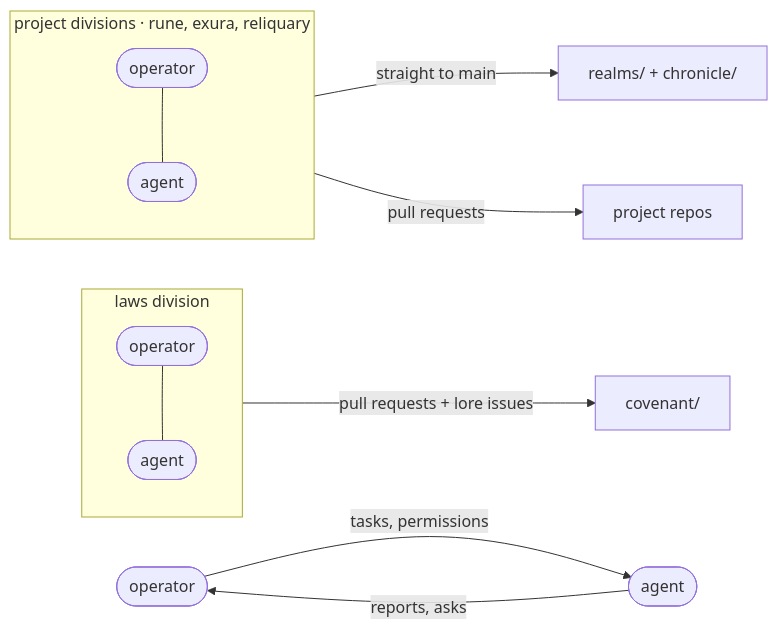
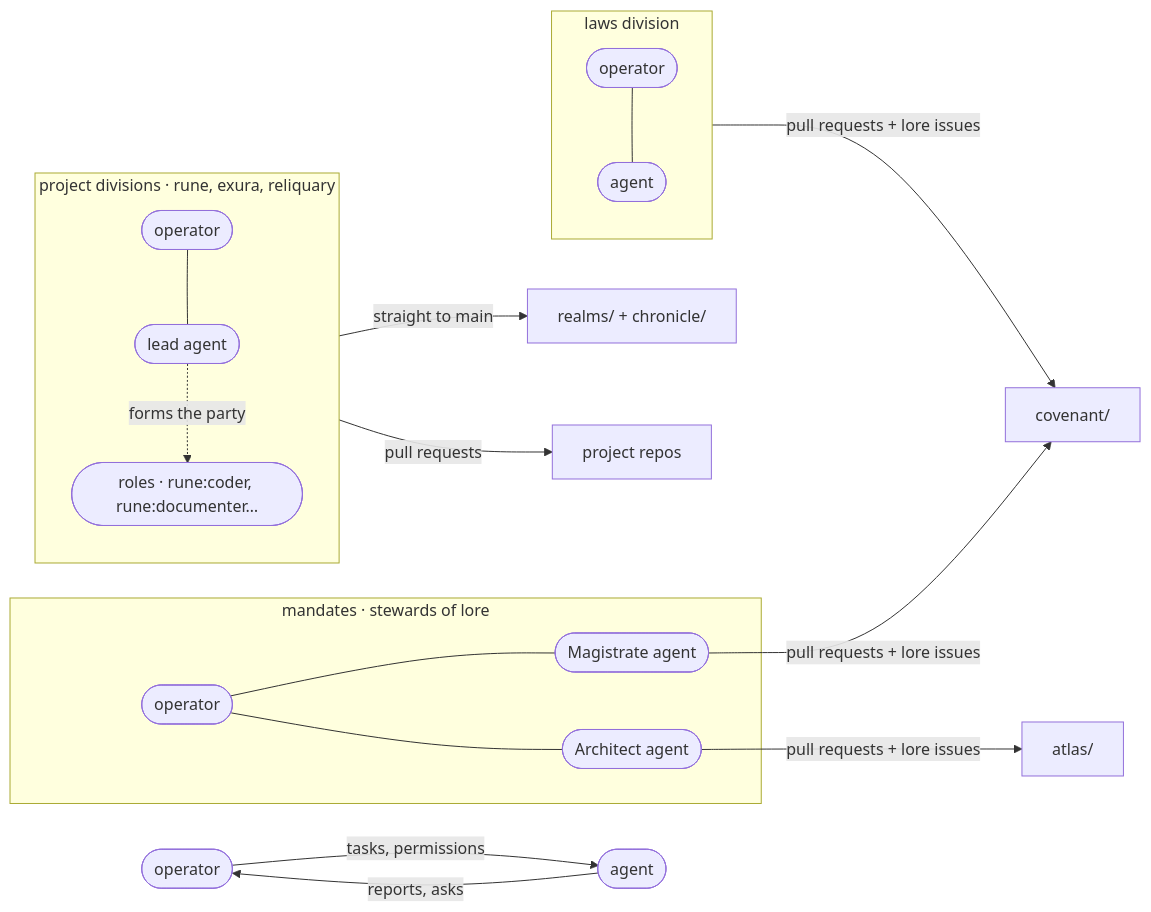
The second of 5 diagrams in atlas/README.md (devneet-id/lore), drawn with Mermaid before and after one commit. The commit also changed other lines of this file and 16 other files, not shown here.

First line of the commit message:
covenant: mandates above the divisions; parties and roles; hand-overs via the chronicle

````diff
--- a/atlas/README.md
+++ b/atlas/README.md
@@ -33,14 +35,21 @@
 ```mermaid
 graph LR
     OP([operator]) -->|tasks, permissions| AG([agent])
     AG -->|reports, asks| OP
+    subgraph MAN["mandates · stewards of lore"]
+        MOP([operator]) --- MAG([Magistrate agent])
+        MOP --- MAR([Architect agent])
+    end
+    MAG -->|pull requests + lore issues| COV2
+    MAR -->|pull requests + lore issues| ATL2["atlas/"]
     subgraph LAWS["laws division"]
         LOP([operator]) --- LAG([agent])
     end
     subgraph PROJ["project divisions · rune, exura, reliquary"]
-        POP([operator]) --- PAG([agent])
+        POP([operator]) --- PAG([lead agent])
+        PAG -.->|forms the party| PRO(["roles · rune:coder, rune:documenter…"])
     end
     LAWS -->|pull requests + lore issues| COV2["covenant/"]
     PROJ -->|straight to main| REA2["realms/ + chronicle/"]
     PROJ -->|pull requests| REPO2["project repos"]
 ```
````
